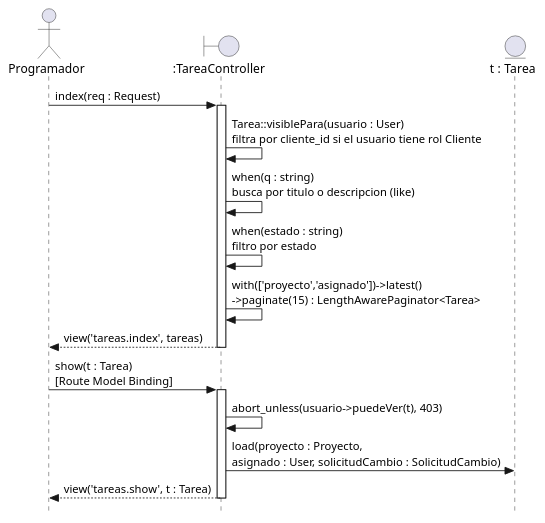
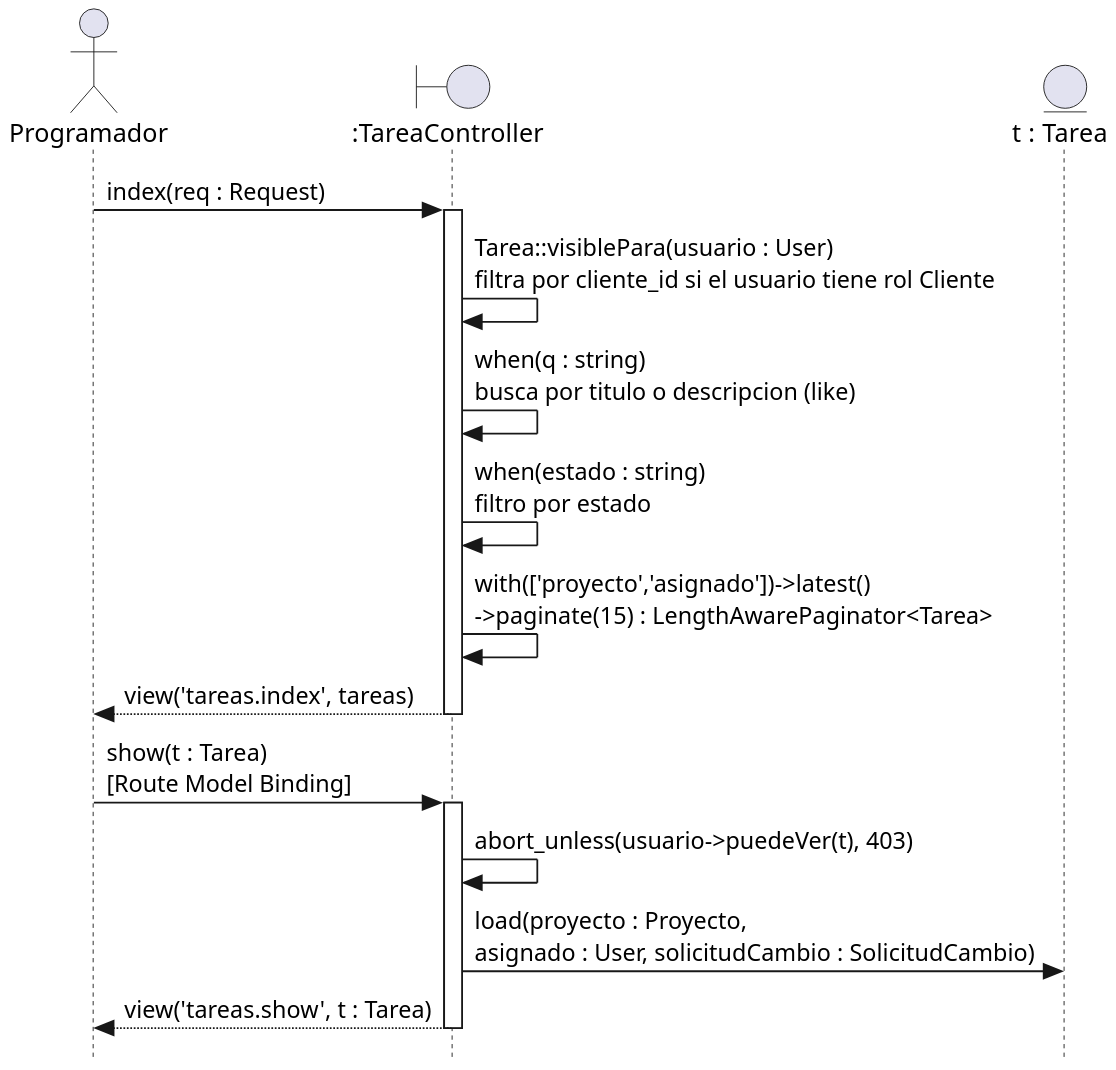
Before and after one commit to DanielOjeda25/sistema: the diagram in docs/dsd/src/02_programador_ve_tareas.puml, drawn with PlantUML. The commit also changed 14 other files, not shown here.

```diff
--- a/docs/dsd/src/02_programador_ve_tareas.puml
+++ b/docs/dsd/src/02_programador_ve_tareas.puml
@@ -1,22 +1,23 @@
 @startuml
+skinparam dpi 200
 skinparam style strictuml
 actor "Programador" as PROG
 boundary ":TareaController" as TC
 entity "t : Tarea" as T
 
 PROG -> TC : index(req : Request)
 activate TC
 TC -> TC : Tarea::visiblePara(usuario : User)\nfiltra por cliente_id si el usuario tiene rol Cliente
 TC -> TC : when(q : string)\nbusca por titulo o descripcion (like)
 TC -> TC : when(estado : string)\nfiltro por estado
 TC -> TC : with(['proyecto','asignado'])->latest()\n->paginate(15) : LengthAwarePaginator<Tarea>
 TC --> PROG : view('tareas.index', tareas)
 deactivate TC
 
 PROG -> TC : show(t : Tarea)\n[Route Model Binding]
 activate TC
 TC -> TC : abort_unless(usuario->puedeVer(t), 403)
 TC -> T : load(proyecto : Proyecto,\nasignado : User, solicitudCambio : SolicitudCambio)
 TC --> PROG : view('tareas.show', t : Tarea)
 deactivate TC
 @enduml
```
